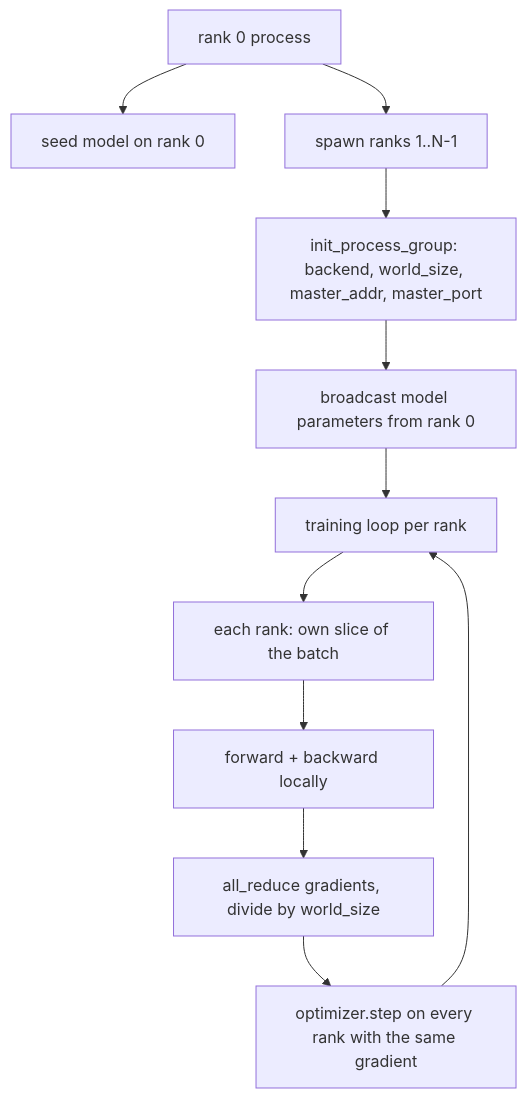
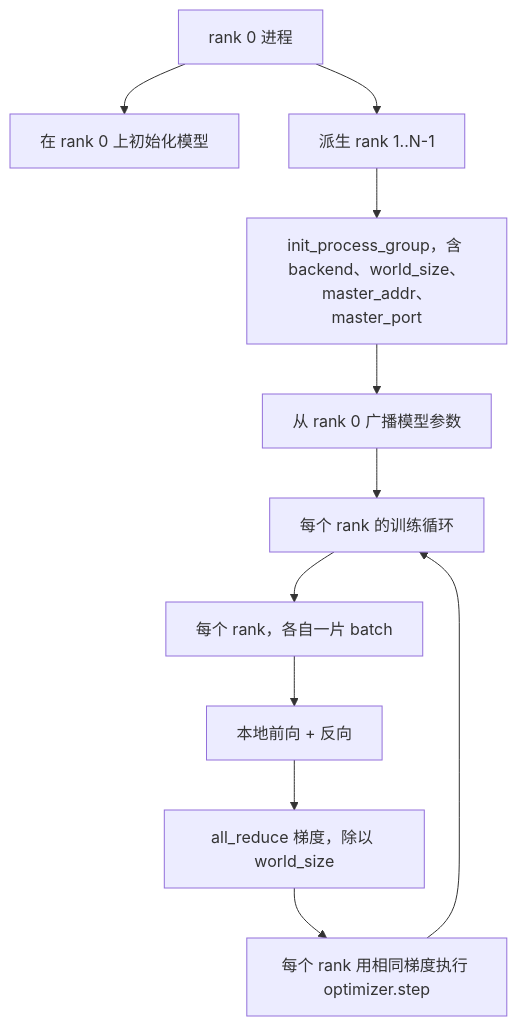
The first of 2 diagrams in phases/19-capstone-projects/48-distributed-fsdp-ddp/docs/zh.md (JerryC8080/ai-engineering-from-scratch-zh), drawn with Mermaid before and after one commit. The commit also changed other lines of this file and 156 other files, not shown here.

First line of the commit message:
i18n(zh): translate mermaid diagram labels in 157 lesson zh.md

````diff
--- a/phases/19-capstone-projects/48-distributed-fsdp-ddp/docs/zh.md
+++ b/phases/19-capstone-projects/48-distributed-fsdp-ddp/docs/zh.md
@@ -29,13 +29,13 @@
 ```mermaid
 flowchart TB
-  init[rank 0 process] --> seed[seed model on rank 0]
-  init --> spawn[spawn ranks 1..N-1]
-  spawn --> pg[init_process_group: backend, world_size, master_addr, master_port]
-  pg --> bcast[broadcast model parameters from rank 0]
-  bcast --> loop[training loop per rank]
-  loop --> shard[each rank: own slice of the batch]
-  shard --> fwd[forward + backward locally]
-  fwd --> ar[all_reduce gradients, divide by world_size]
-  ar --> step[optimizer.step on every rank with the same gradient]
+  init[rank 0 进程] --> seed[在 rank 0 上初始化模型]
+  init --> spawn[派生 rank 1..N-1]
+  spawn --> pg[init_process_group，含 backend、world_size、master_addr、master_port]
+  pg --> bcast[从 rank 0 广播模型参数]
+  bcast --> loop[每个 rank 的训练循环]
+  loop --> shard[每个 rank，各自一片 batch]
+  shard --> fwd[本地前向 + 反向]
+  fwd --> ar[all_reduce 梯度，除以 world_size]
+  ar --> step[每个 rank 用相同梯度执行 optimizer.step]
   step --> loop
 ```
````
